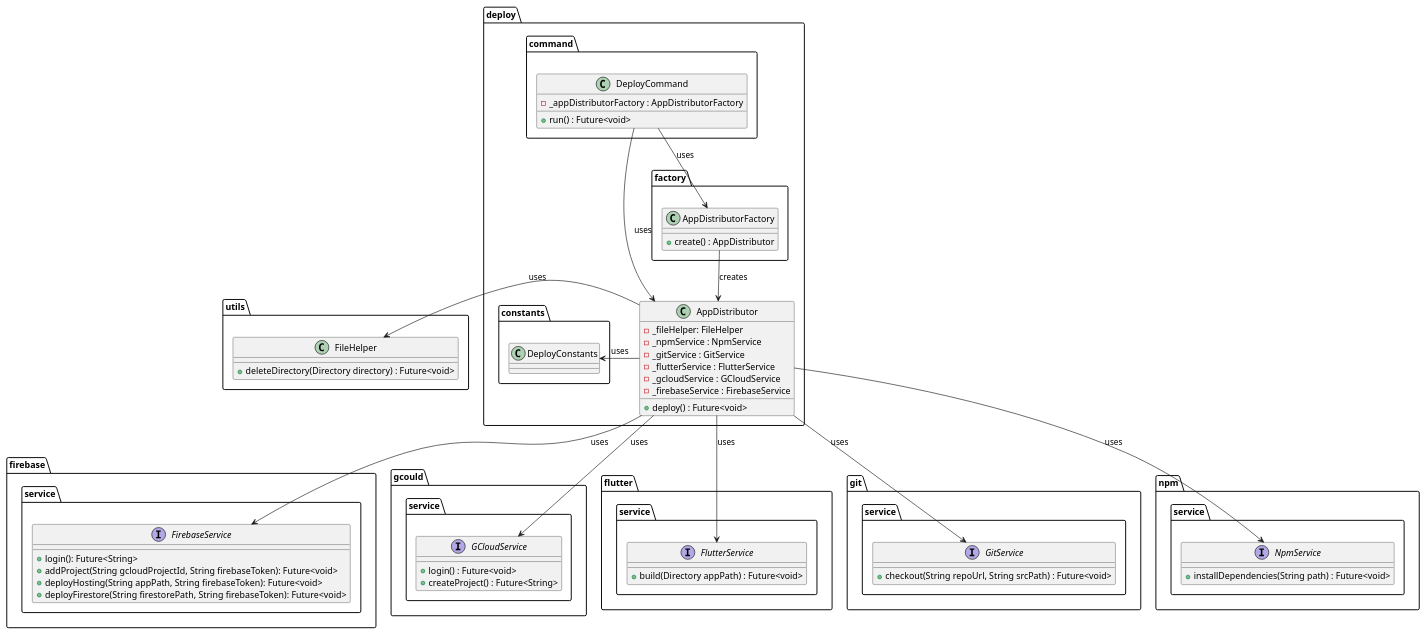
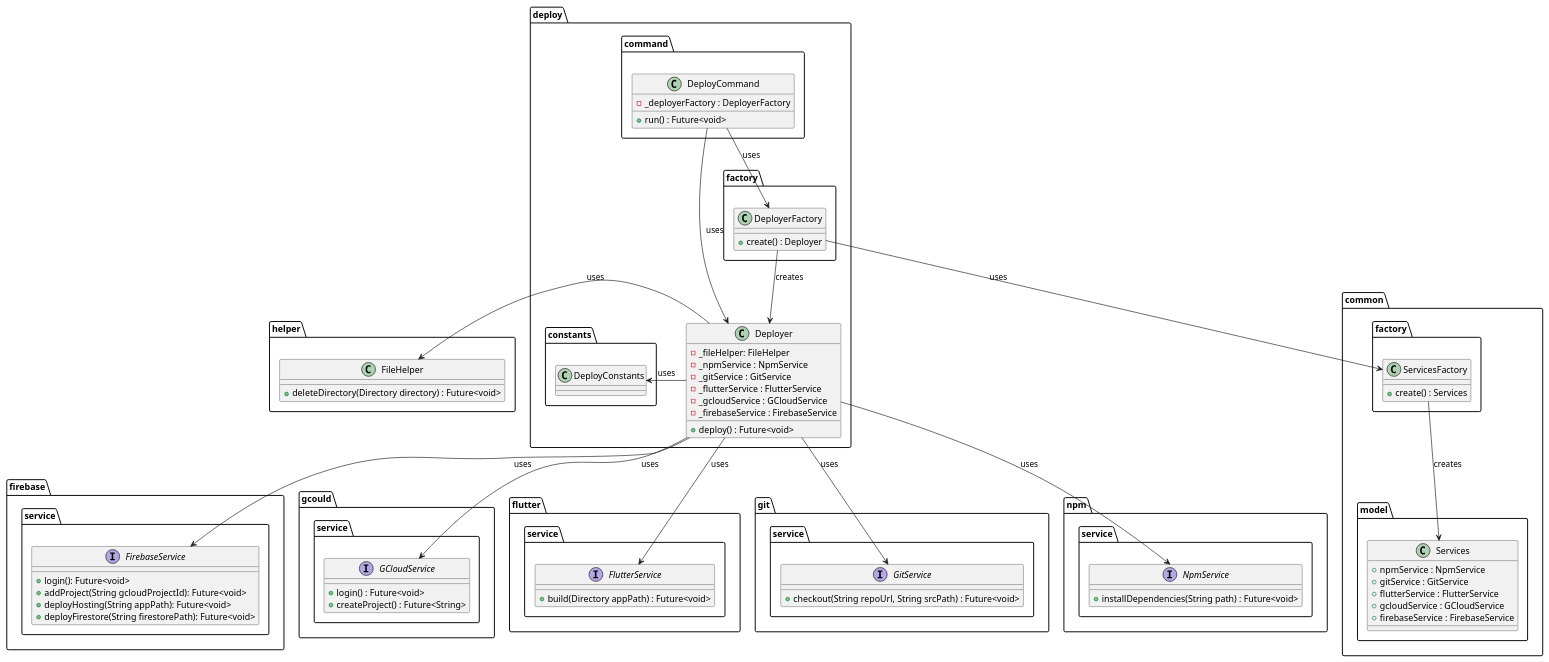
The diagram in metrics/cli/docs/diagrams/deploy_command_class_diagram.puml (Flank/flank-dashboard), drawn with PlantUML before and after one commit. The commit also changed 7 other files, not shown here.

```diff
--- a/metrics/cli/docs/diagrams/deploy_command_class_diagram.puml
+++ b/metrics/cli/docs/diagrams/deploy_command_class_diagram.puml
@@ -1,88 +1,108 @@
 @startuml deploy_command_class_diagram
 
 package firebase.service {
     interface FirebaseService {
-        + login(): Future<String>
-        + addProject(String gcloudProjectId, String firebaseToken): Future<void>
-        + deployHosting(String appPath, String firebaseToken): Future<void>
-        + deployFirestore(String firestorePath, String firebaseToken): Future<void>
+        + login(): Future<void>
+        + addProject(String gcloudProjectId): Future<void>
+        + deployHosting(String appPath): Future<void>
+        + deployFirestore(String firestorePath): Future<void>
     }
 }
 
 package gcould.service {
     interface GCloudService {
         + login() : Future<void>
         + createProject() : Future<String>
     }
 }
 
 package flutter.service {
     interface FlutterService  {
         + build(Directory appPath) : Future<void>
     }
 }
 
 package  git.service{
     interface GitService  {
         + checkout(String repoUrl, String srcPath) : Future<void>
     }
-
 }
 
 package  npm.service {
     interface NpmService  {
         + installDependencies(String path) : Future<void>
     }
+}
 
+package common {
+    package model {
+        class Services {
+            + npmService : NpmService
+            + gitService : GitService
+            + flutterService : FlutterService
+            + gcloudService : GCloudService
+            + firebaseService : FirebaseService
+        }
+    }
+
+    package factory as common.factory{
+        class ServicesFactory {
+            + create() : Services
+        }
+    }
 }
+
 
 package deploy {
     package command {
         class DeployCommand {
-            - _appDistributorFactory : AppDistributorFactory
+            - _deployerFactory : DeployerFactory
             + run() : Future<void>
         }
     }
 
     package constants {
         class DeployConstants{}
     }
 
     package factory {
-        class AppDistributorFactory {
-            + create() : AppDistributor
+        class DeployerFactory {
+            + create() : Deployer
         }
     }
 
-    class AppDistributor {
+    class Deployer {
         - _fileHelper: FileHelper
         - _npmService : NpmService
         - _gitService : GitService
         - _flutterService : FlutterService
         - _gcloudService : GCloudService
         - _firebaseService : FirebaseService
         + deploy() : Future<void>
     }
 }
 
-package utils {
+package helper {
     class FileHelper {
         + deleteDirectory(Directory directory) : Future<void>
     }
 }
 
-AppDistributor -down-> NpmService : uses
-AppDistributor -down-> GitService : uses
-AppDistributor -down-> FlutterService : uses
-AppDistributor -down-> GCloudService : uses
-AppDistributor -down-> FirebaseService : uses
+Deployer -down-> NpmService : uses
+Deployer -down-> GitService : uses
+Deployer -down-> FlutterService : uses
+Deployer -down-> GCloudService : uses
+Deployer -down-> FirebaseService : uses
 
-AppDistributor -left-> FileHelper : uses
-AppDistributor -> DeployConstants : uses
+Deployer -left-> FileHelper : uses
+Deployer -> DeployConstants : uses
 
-DeployCommand -down-> AppDistributorFactory : uses
-DeployCommand -down-> AppDistributor : uses
+DeployCommand -down-> Deployer : uses
+DeployCommand -down-> DeployerFactory : uses
+DeployerFactory --> ServicesFactory : uses
 
-AppDistributorFactory --> AppDistributor : creates
+ServicesFactory --> Services : creates
+
+DeployerFactory --> Deployer : creates
 
 @enduml
```
